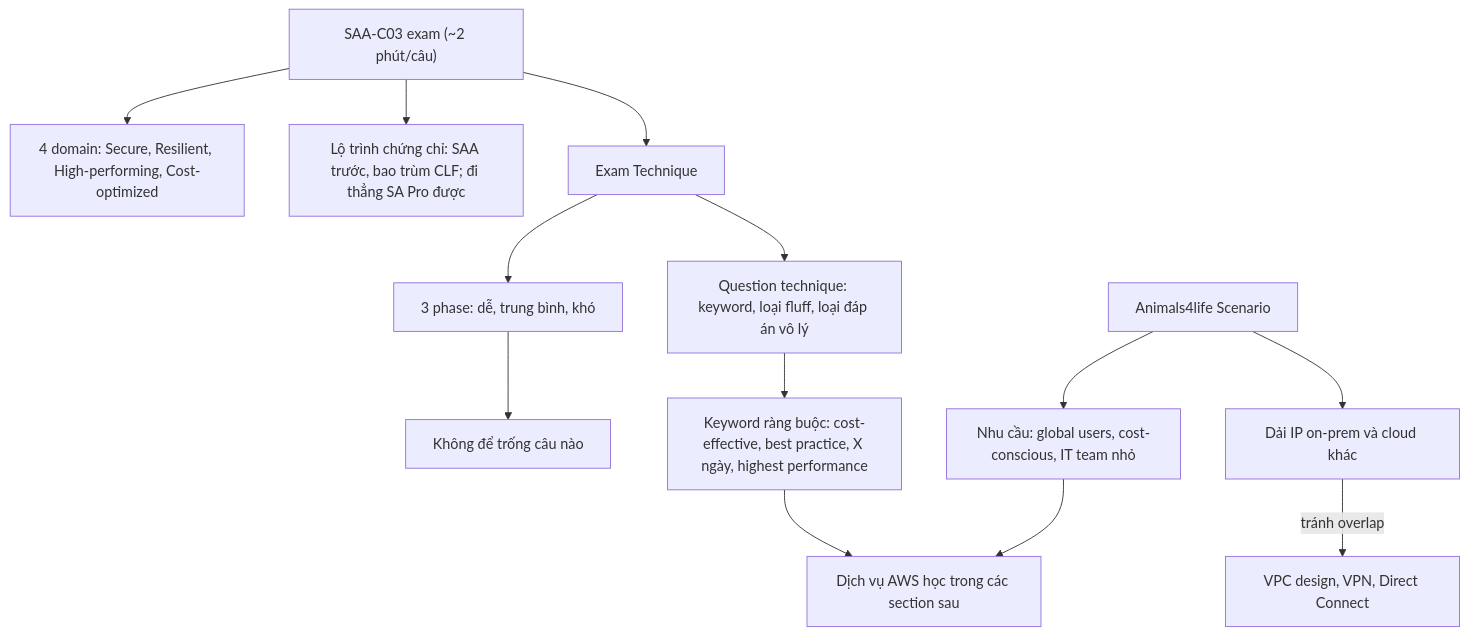
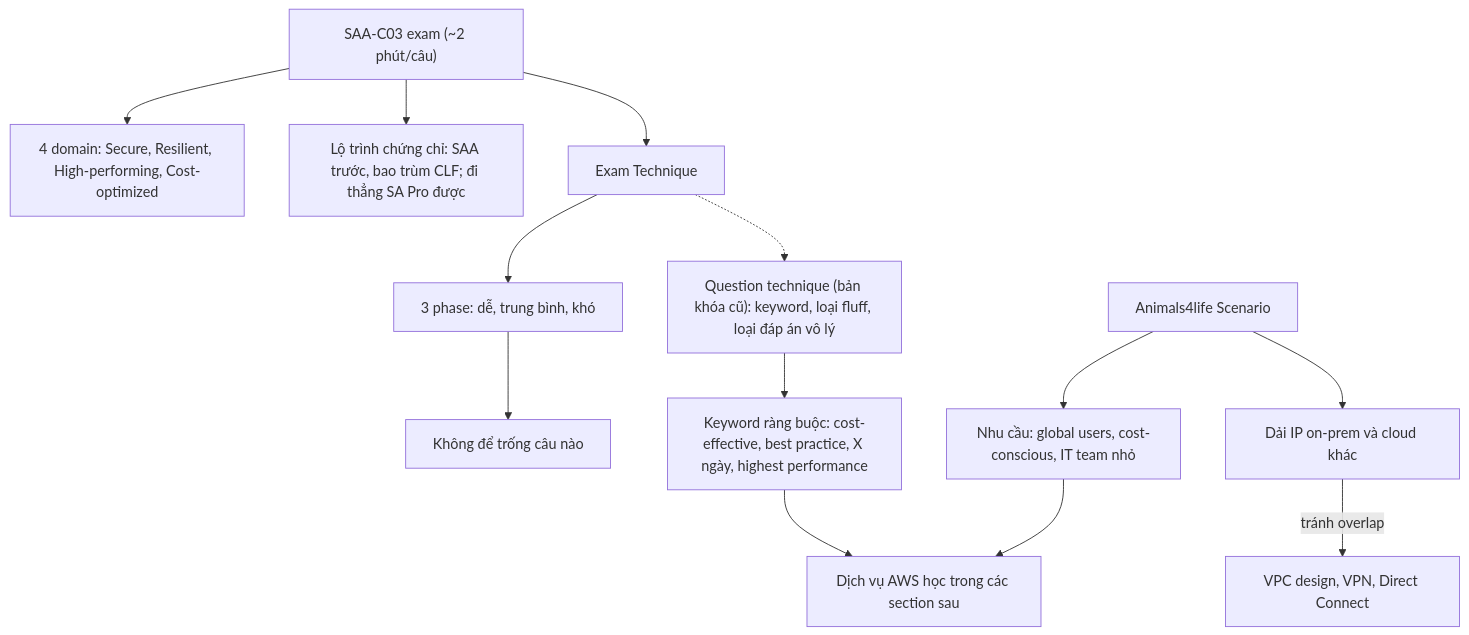
The diagram in data/00 Course and Exam/_MOC 00 Course and Exam.md (hairbui76/aws-saa-c03), drawn with Mermaid before and after one commit. The commit also changed other lines of this file and 10 other files, not shown here.

````diff
--- a/data/00 Course and Exam/_MOC 00 Course and Exam.md
+++ b/data/00 Course and Exam/_MOC 00 Course and Exam.md
@@ -17,15 +17,15 @@
 ```mermaid
 flowchart TB
   EXAM["SAA-C03 exam (~2 phút/câu)"] --> DOM["4 domain: Secure, Resilient, High-performing, Cost-optimized"]
   EXAM --> PATH["Lộ trình chứng chỉ: SAA trước, bao trùm CLF; đi thẳng SA Pro được"]
   EXAM --> TECH["Exam Technique"]
   TECH --> PH["3 phase: dễ, trung bình, khó"]
   PH --> BLANK["Không để trống câu nào"]
-  TECH --> QT["Question technique: keyword, loại fluff, loại đáp án vô lý"]
+  TECH -.-> QT["Question technique (bản khóa cũ): keyword, loại fluff, loại đáp án vô lý"]
   QT --> KW["Keyword ràng buộc: cost-effective, best practice, X ngày, highest performance"]
   A4L["Animals4life Scenario"] --> NEEDS["Nhu cầu: global users, cost-conscious, IT team nhỏ"]
   A4L --> CIDR["Dải IP on-prem và cloud khác"]
   NEEDS --> SVC["Dịch vụ AWS học trong các section sau"]
   CIDR -->|"tránh overlap"| VPC["VPC design, VPN, Direct Connect"]
   KW --> SVC
 ```
````
